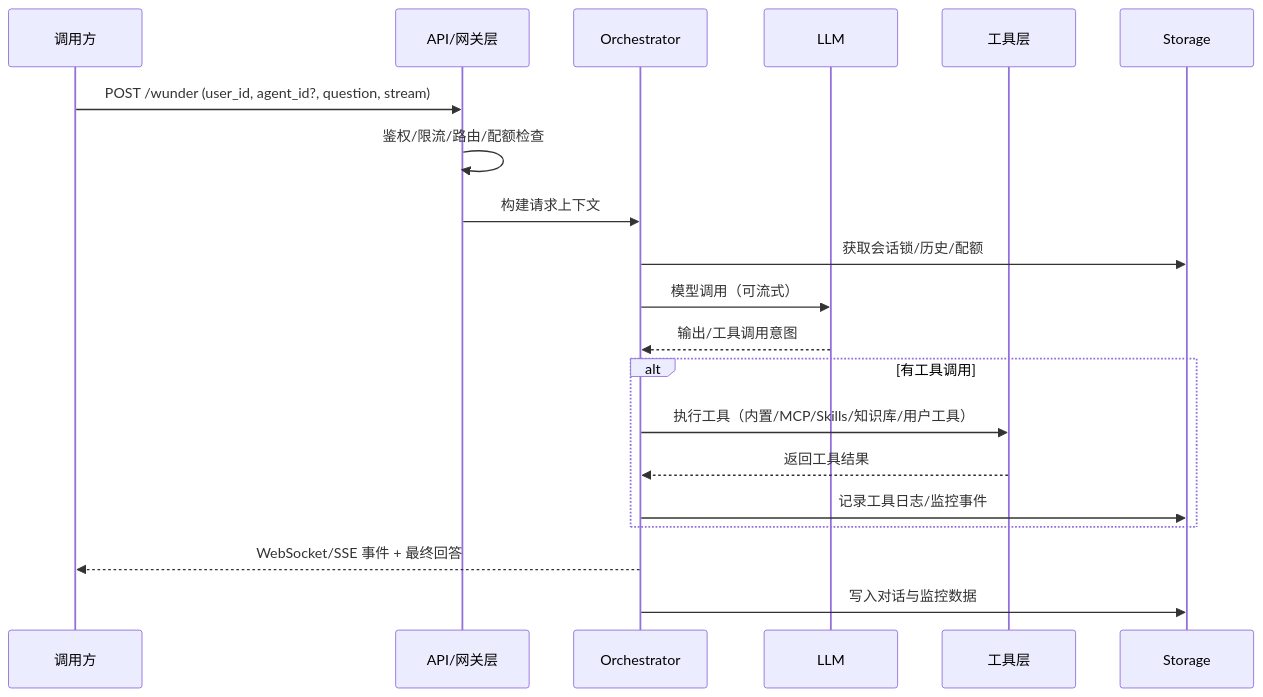
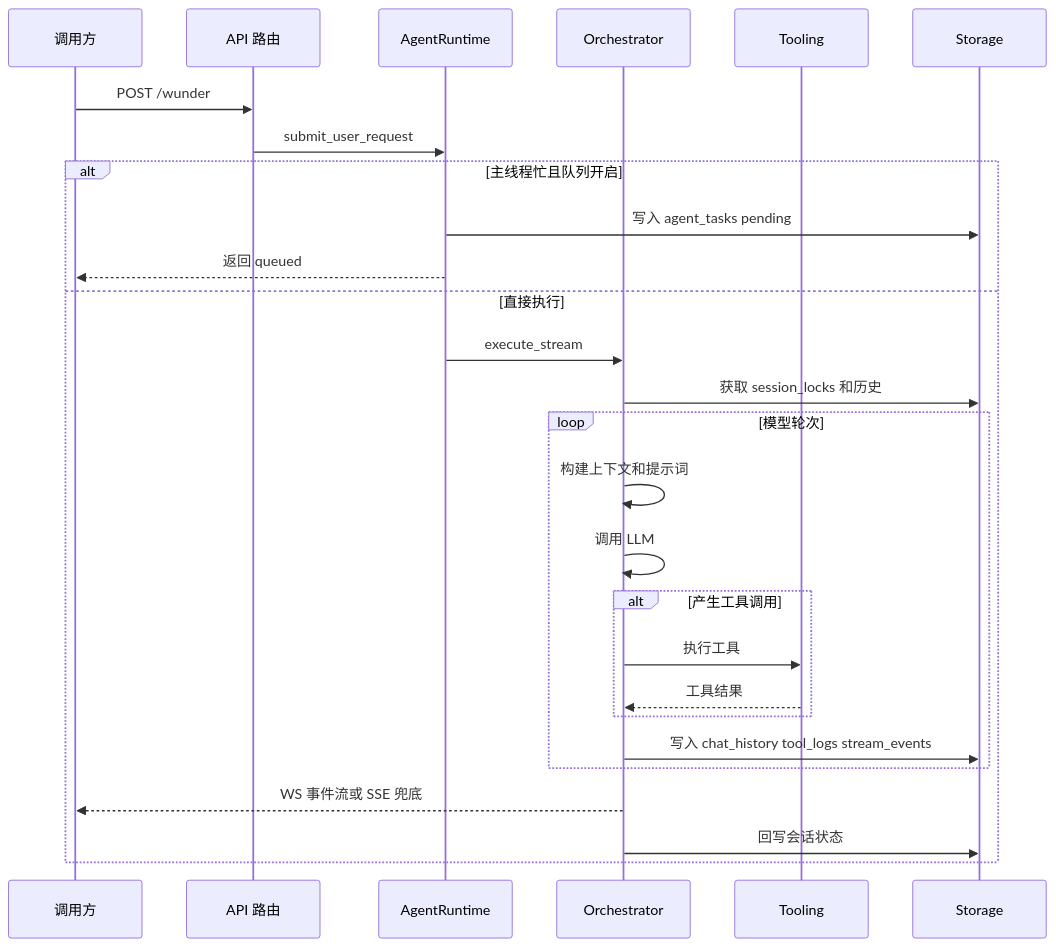
One commit to ylsdamxssjxxdd/wunder changed the fourth of 8 diagrams in docs/架构设计.md. Above: the diagram before and after it, drawn with Mermaid. The commit also changed other lines of this file and 20 other files, not shown here.

````diff
--- a/docs/架构设计.md
+++ b/docs/架构设计.md
@@ -158,23 +182,30 @@
 ```mermaid
 sequenceDiagram
   participant U as 调用方
-  participant API as API/网关层
+  participant API as API 路由
+  participant AR as AgentRuntime
   participant O as Orchestrator
-  participant L as LLM
-  participant T as 工具层
+  participant T as Tooling
   participant S as Storage
 
-  U->>API: POST /wunder (user_id, agent_id?, question, stream)
-  API->>API: 鉴权/限流/路由/配额检查
-  API->>O: 构建请求上下文
-  O->>S: 获取会话锁/历史/配额
-  O->>L: 模型调用（可流式）
-  L-->>O: 输出/工具调用意图
-  alt 有工具调用
-    O->>T: 执行工具（内置/MCP/Skills/知识库/用户工具）
-    T-->>O: 返回工具结果
-    O->>S: 记录工具日志/监控事件
+  U->>API: POST /wunder
+  API->>AR: submit_user_request
+  alt 主线程忙且队列开启
+    AR->>S: 写入 agent_tasks pending
+    AR-->>U: 返回 queued
+  else 直接执行
+    AR->>O: execute_stream
+    O->>S: 获取 session_locks 和历史
+    loop 模型轮次
+      O->>O: 构建上下文和提示词
+      O->>O: 调用 LLM
+      alt 产生工具调用
+        O->>T: 执行工具
+        T-->>O: 工具结果
+      end
+      O->>S: 写入 chat_history tool_logs stream_events
+    end
+    O-->>U: WS 事件流或 SSE 兜底
+    O->>S: 回写会话状态
   end
-  O-->>U: WebSocket/SSE 事件 + 最终回答
-  O->>S: 写入对话与监控数据
 ```
````
